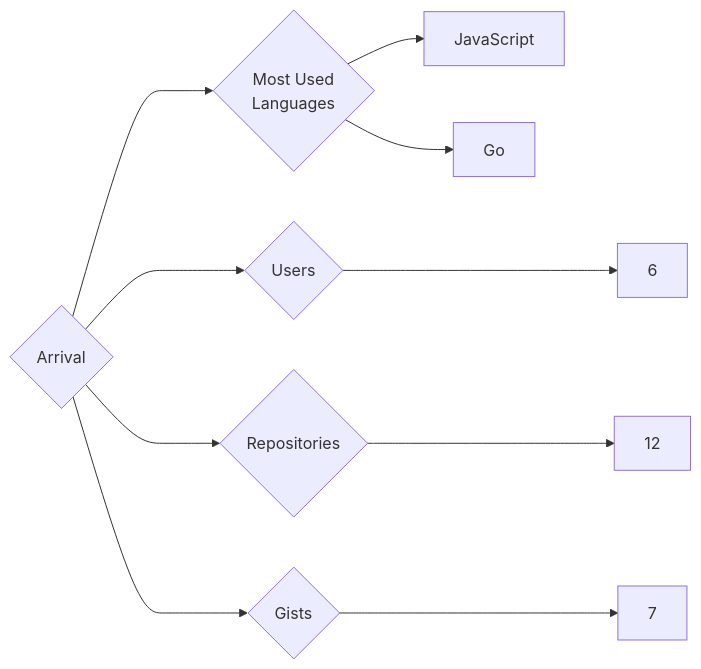
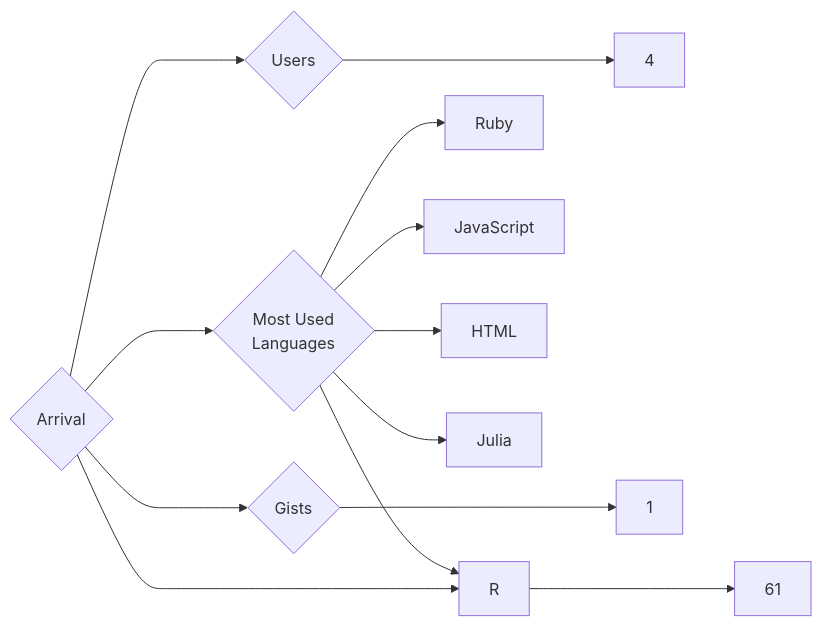
Before and after one commit to trickest/insiders: the diagram in targets/Arrival/README.md, drawn with Mermaid. The commit also changed 912 other files, not shown here.

````diff
--- a/targets/Arrival/README.md
+++ b/targets/Arrival/README.md
@@ -3,10 +3,13 @@
 ```mermaid
 graph LR
 COMPANY_NAME{Arrival}
-COMPANY_NAME ---> U{Users} ---> UN[6]
-COMPANY_NAME ---> R{Repositories} ---> RN[12]
-COMPANY_NAME ---> G{Gists} ---> GN[7]
+COMPANY_NAME ---> U{Users} ---> UN[4]
+COMPANY_NAME ---> R{Repositories} ---> RN[61]
+COMPANY_NAME ---> G{Gists} ---> GN[1]
 COMPANY_NAME ---> ML{Most Used<br>Languages}
+ML --> Ruby[Ruby]
 ML --> JavaScript[JavaScript]
-ML --> Go[Go]
+ML --> HTML[HTML]
+ML --> R[R]
+ML --> Julia[Julia]
 ```
````
